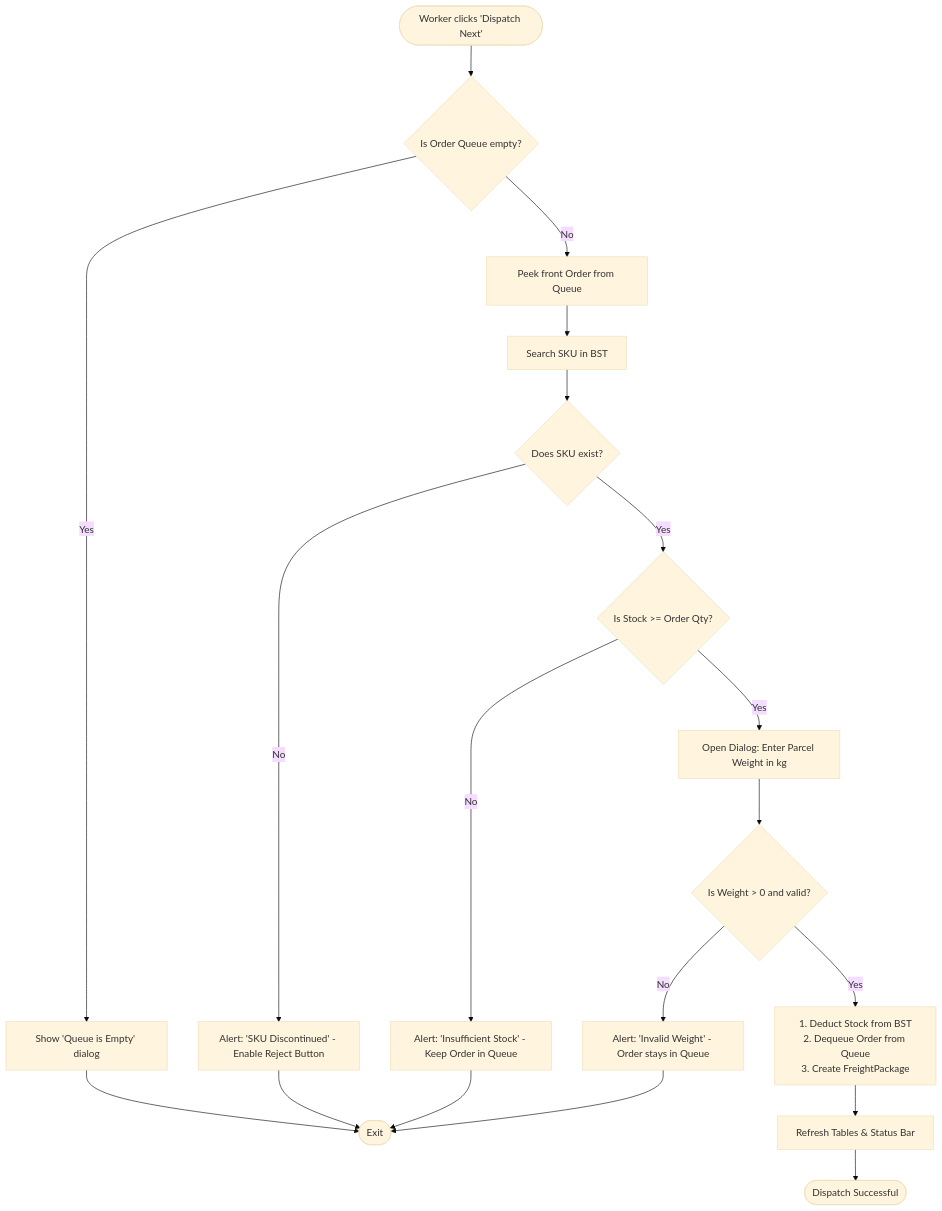
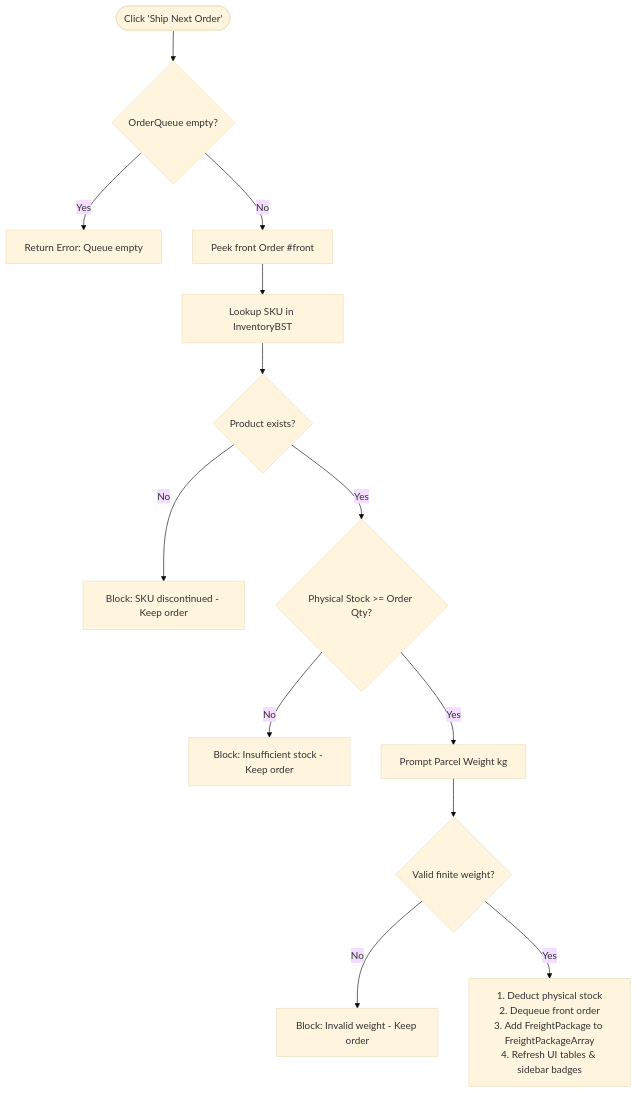
Before and after one commit to JeptahIldefonso/Group1_E-Commerce_Logistics-Hub: the second of 6 diagrams in TECHNICAL_DOCUMENTATION.md, drawn with Mermaid (base theme). The commit also changed other lines of this file and 4 other files, not shown here.

Commit message:
docs: finalize plain-English technical guide, flowcharts, and PDF documentation

````diff
--- a/TECHNICAL_DOCUMENTATION.md
+++ b/TECHNICAL_DOCUMENTATION.md
@@ -306,16 +253,15 @@
 ```mermaid
 flowchart TD
-    Start([Worker clicks 'Dispatch Next']) --> CheckEmpty{Is Order Queue empty?}
-    CheckEmpty -->|Yes| AlertEmpty[Show 'Queue is Empty' dialog] --> End([Exit])
-    CheckEmpty -->|No| Peek[Peek front Order from Queue]
-    Peek --> Lookup[Search SKU in BST]
-    Lookup --> SkuExists{Does SKU exist?}
-    SkuExists -->|No| Discontinued[Alert: 'SKU Discontinued' - Enable Reject Button] --> End
-    SkuExists -->|Yes| CheckStock{Is Stock >= Order Qty?}
-    CheckStock -->|No| OutOfStock[Alert: 'Insufficient Stock' - Keep Order in Queue] --> End
-    CheckStock -->|Yes| PromptWeight[Open Dialog: Enter Parcel Weight in kg]
-    PromptWeight --> ValidWeight{Is Weight > 0 and valid?}
-    ValidWeight -->|No| BadWeight[Alert: 'Invalid Weight' - Order stays in Queue] --> End
-    ValidWeight -->|Yes| Commit[1. Deduct Stock from BST\n2. Dequeue Order from Queue\n3. Create FreightPackage]
-    Commit --> RefreshUI[Refresh Tables & Status Bar] --> Success([Dispatch Successful])
+    S([Click 'Ship Next Order']) --> E{OrderQueue empty?}
+    E -->|Yes| E1[Return Error: Queue empty]
+    E -->|No| P[Peek front Order #front]
+    P --> L[Lookup SKU in InventoryBST]
+    L --> X{Product exists?}
+    X -->|No| X1[Block: SKU discontinued - Keep order]
+    X -->|Yes| Q{Physical Stock >= Order Qty?}
+    Q -->|No| Q1[Block: Insufficient stock - Keep order]
+    Q -->|Yes| W[Prompt Parcel Weight kg]
+    W --> WV{Valid finite weight?}
+    WV -->|No| W1[Block: Invalid weight - Keep order]
+    WV -->|Yes| C[1. Deduct physical stock\n2. Dequeue front order\n3. Add FreightPackage to FreightPackageArray\n4. Refresh UI tables & sidebar badges]
 ```
````
